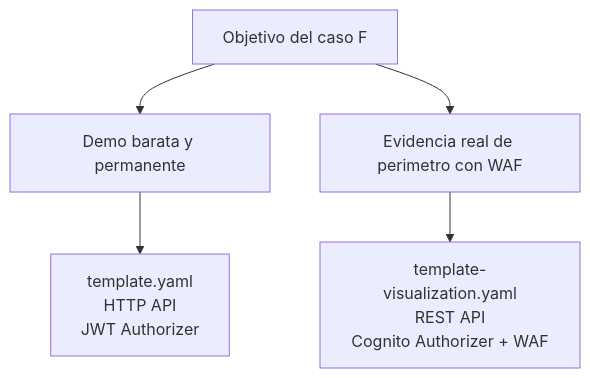
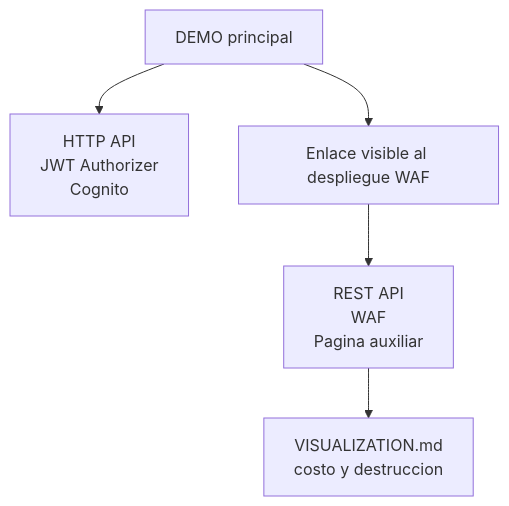
One commit to vladimiracunadev-create/proyectos-aws changed the first of 3 diagrams in caso-f-security-cognito/docs/architecture.md. Above: the diagram before and after it, drawn with Mermaid. The commit also changed other lines of this file and 11 other files, not shown here.

Commit message:
refactor(caso-f): make demo primary and link waf page

````diff
--- a/caso-f-security-cognito/docs/architecture.md
+++ b/caso-f-security-cognito/docs/architecture.md
@@ -20,9 +23,10 @@
 ```mermaid
 flowchart TD
-    Goal["Objetivo del caso F"]
-    Goal --> Cheap["Demo barata y permanente"]
-    Goal --> Perimeter["Evidencia real de perimetro con WAF"]
+    Product["DEMO principal"]
+    Product --> Demo["HTTP API<br/>JWT Authorizer<br/>Cognito"]
 
-    Cheap --> Demo["template.yaml<br/>HTTP API<br/>JWT Authorizer"]
-    Perimeter --> Viz["template-visualization.yaml<br/>REST API<br/>Cognito Authorizer + WAF"]
+    Product --> Link["Enlace visible al despliegue WAF"]
+    Link --> Waf["REST API<br/>WAF<br/>Pagina auxiliar"]
+
+    Waf --> Cost["VISUALIZATION.md<br/>costo y destruccion"]
 ```
````
